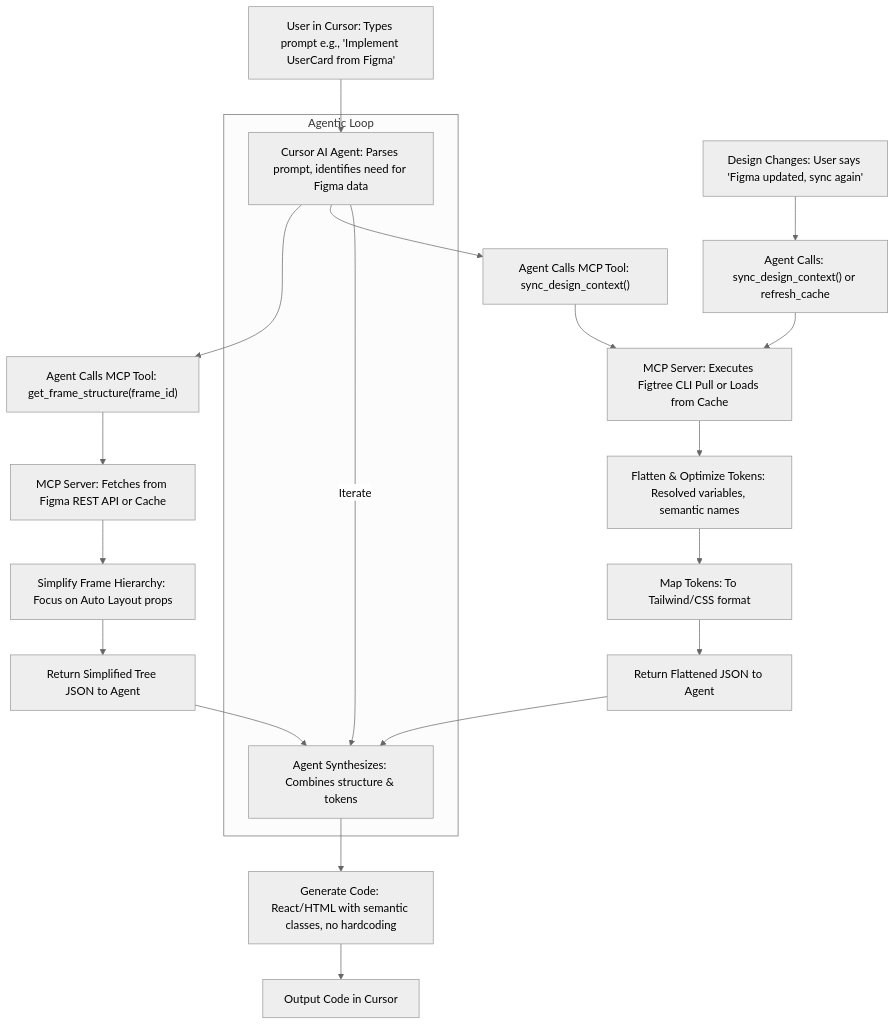
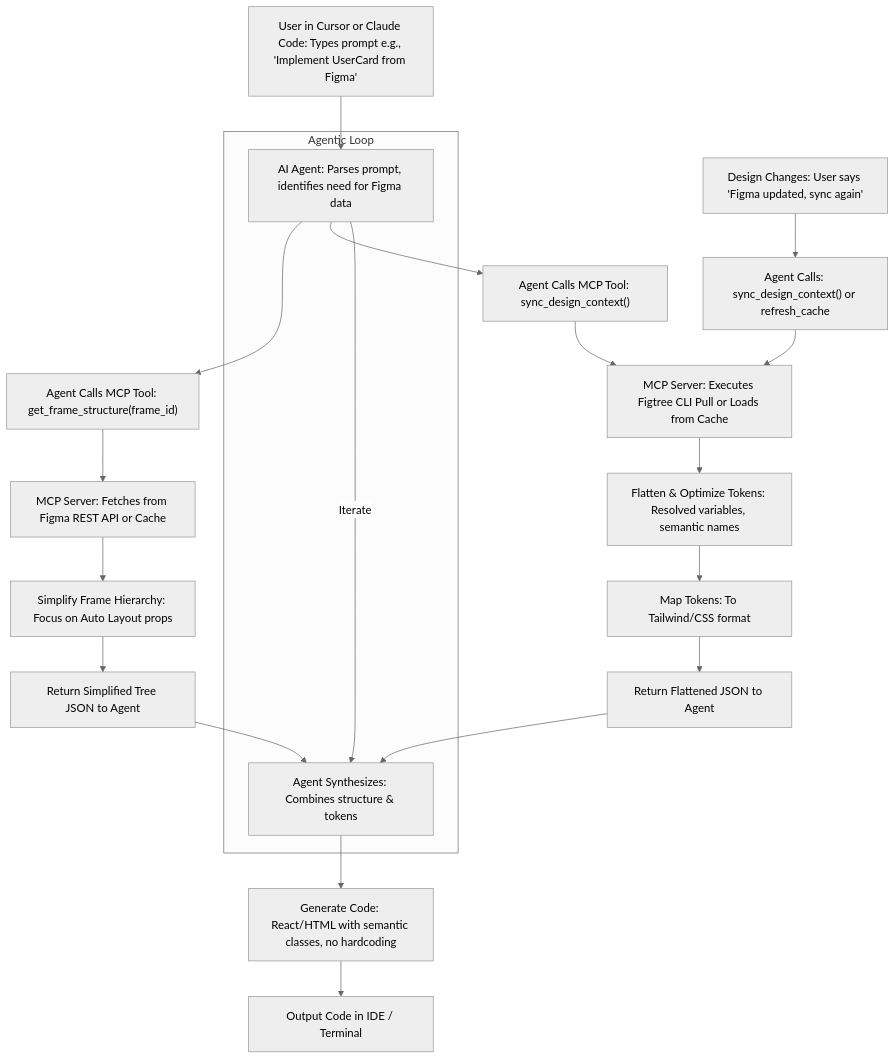
One commit to decagondev/figma-bridge-mcp changed the first of 5 diagrams in docs/DIAGRAMS..md. Above: the diagram before and after it, drawn with Mermaid (neutral theme). The commit also changed other lines of this file and 2 other files, not shown here.

First line of the commit message:
Enhance README and documentation for Figma-Bridge MCP

````diff
--- a/docs/DIAGRAMS..md
+++ b/docs/DIAGRAMS..md
@@ -4,22 +4,22 @@
 ```mermaid
 flowchart TD
-    A["User in Cursor: Types prompt e.g., 'Implement UserCard from Figma'"] --> B["Cursor AI Agent: Parses prompt, identifies need for Figma data"]
+    A["User in Cursor or Claude Code: Types prompt e.g., 'Implement UserCard from Figma'"] --> B["AI Agent: Parses prompt, identifies need for Figma data"]
     B --> C["Agent Calls MCP Tool: get_frame_structure(frame_id)"]
     C --> D["MCP Server: Fetches from Figma REST API or Cache"]
     D --> E["Simplify Frame Hierarchy: Focus on Auto Layout props"]
     E --> F["Return Simplified Tree JSON to Agent"]
     B --> G["Agent Calls MCP Tool: sync_design_context()"]
     G --> H["MCP Server: Executes Figtree CLI Pull or Loads from Cache"]
     H --> I["Flatten & Optimize Tokens: Resolved variables, semantic names"]
     I --> J["Map Tokens: To Tailwind/CSS format"]
     J --> K["Return Flattened JSON to Agent"]
     F --> L["Agent Synthesizes: Combines structure & tokens"]
     K --> L
     L --> M["Generate Code: React/HTML with semantic classes, no hardcoding"]
-    M --> N["Output Code in Cursor"]
+    M --> N["Output Code in IDE / Terminal"]
     O["Design Changes: User says 'Figma updated, sync again'"] --> P["Agent Calls: sync_design_context() or refresh_cache"]
     P --> H
     subgraph "Agentic Loop"
         B -->|Iterate| L
     end
 ```
````
